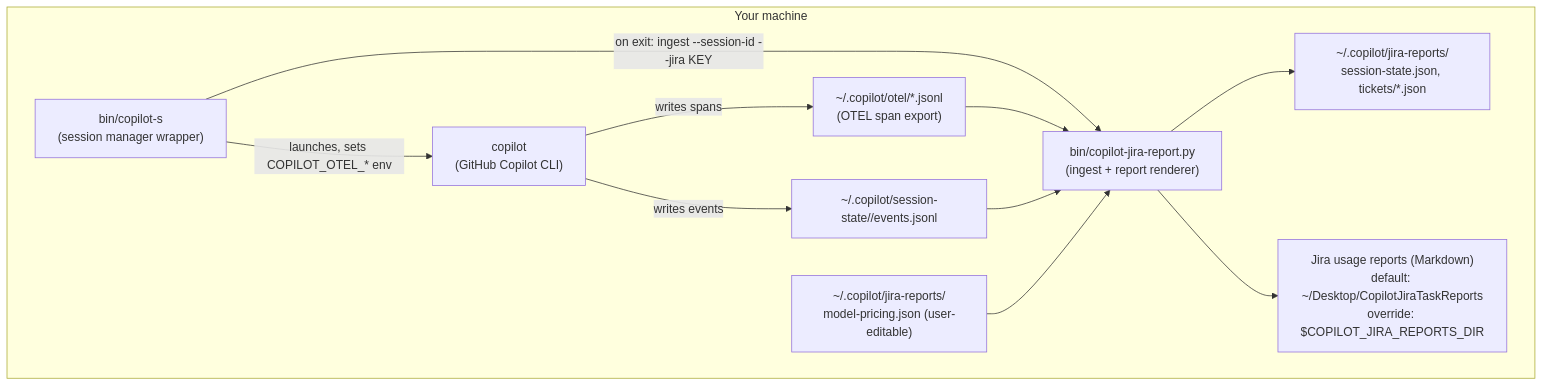
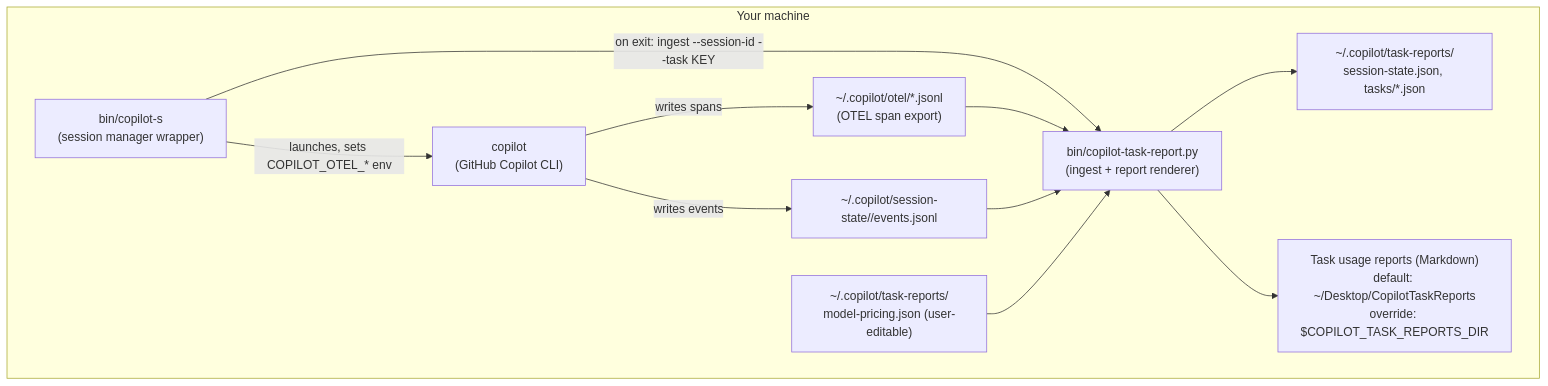
Before and after one commit to a-wf/copilot-workbench: the first of 2 diagrams in docs/architecture.md, drawn with Mermaid. The commit also changed other lines of this file and 16 other files, not shown here.

````diff
--- a/docs/architecture.md
+++ b/docs/architecture.md
@@ -12,23 +18,23 @@
 ```mermaid
 flowchart TB
     subgraph User_Machine["Your machine"]
         CS["bin/copilot-s\n(session manager wrapper)"]
         COPILOT["copilot\n(GitHub Copilot CLI)"]
         OTEL["~/.copilot/otel/*.jsonl\n(OTEL span export)"]
         EVENTS["~/.copilot/session-state/<id>/events.jsonl"]
-        HELPER["bin/copilot-jira-report.py\n(ingest + report renderer)"]
-        STATE["~/.copilot/jira-reports/\nsession-state.json, tickets/*.json"]
-        PRICING["~/.copilot/jira-reports/\nmodel-pricing.json (user-editable)"]
-        REPORTS["Jira usage reports (Markdown)\ndefault: ~/Desktop/CopilotJiraTaskReports\noverride: $COPILOT_JIRA_REPORTS_DIR"]
+        HELPER["bin/copilot-task-report.py\n(ingest + report renderer)"]
+        STATE["~/.copilot/task-reports/\nsession-state.json, tasks/*.json"]
+        PRICING["~/.copilot/task-reports/\nmodel-pricing.json (user-editable)"]
+        REPORTS["Task usage reports (Markdown)\ndefault: ~/Desktop/CopilotTaskReports\noverride: $COPILOT_TASK_REPORTS_DIR"]
     end
 
     CS -->|"launches, sets COPILOT_OTEL_* env"| COPILOT
     COPILOT -->|writes spans| OTEL
     COPILOT -->|writes events| EVENTS
-    CS -->|"on exit: ingest --session-id --jira KEY"| HELPER
+    CS -->|"on exit: ingest --session-id --task KEY"| HELPER
     OTEL --> HELPER
     EVENTS --> HELPER
     PRICING --> HELPER
     HELPER --> STATE
     HELPER --> REPORTS
 ```
````
